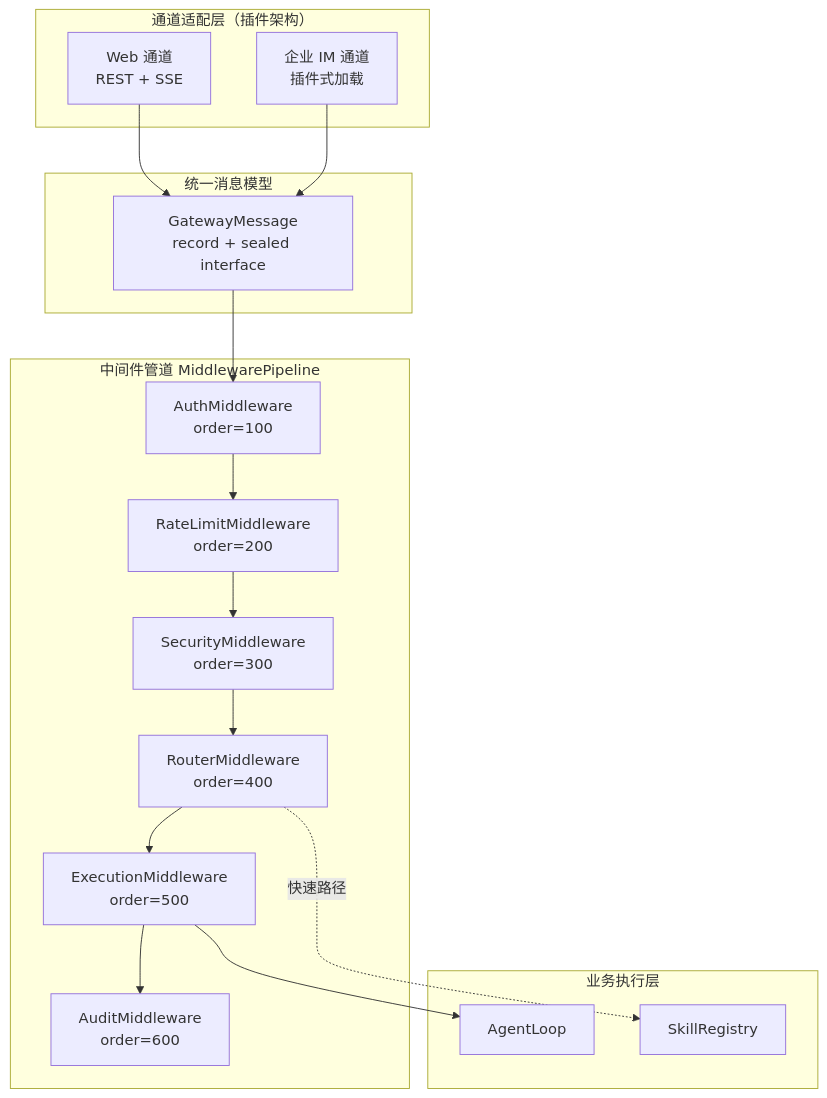
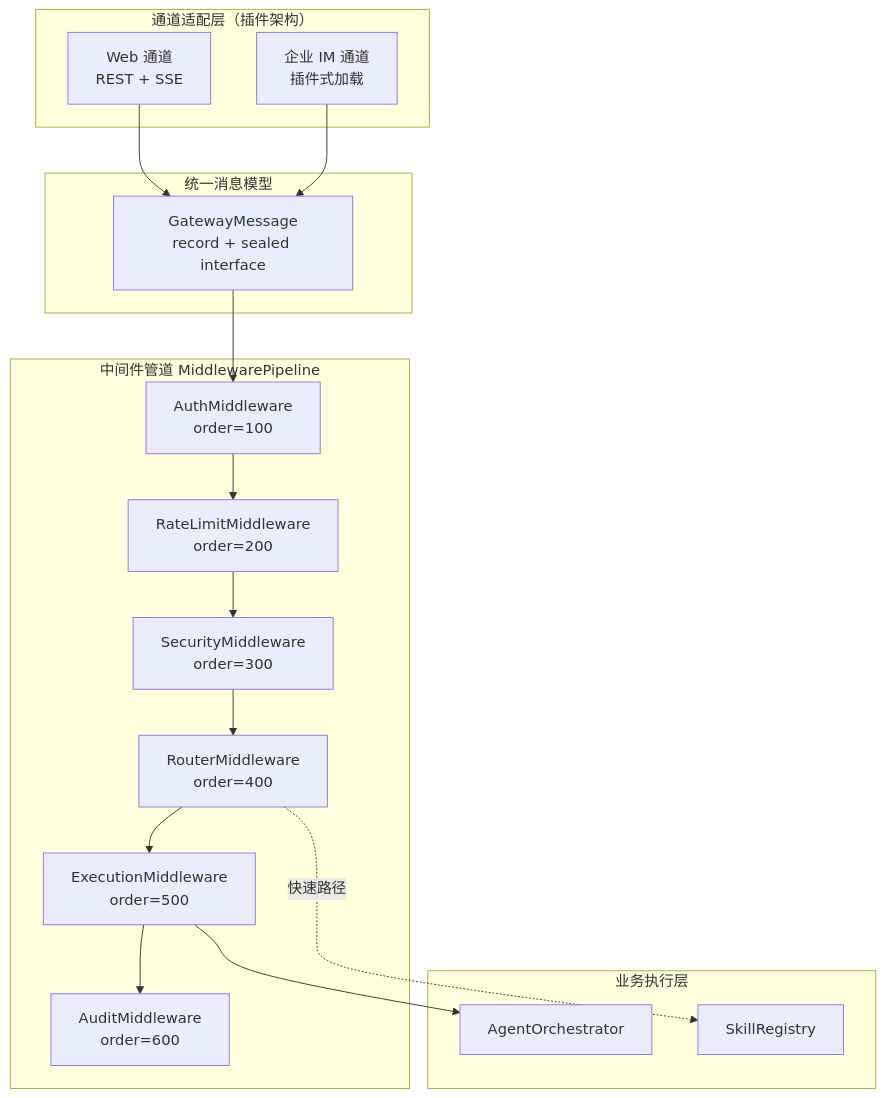
Before and after one commit to ntygod/LifePilot: the first of 3 diagrams in docs/architecture/gateway-middleware.md, drawn with Mermaid. The commit also changed other lines of this file and 14 other files, not shown here.

````diff
--- a/docs/architecture/gateway-middleware.md
+++ b/docs/architecture/gateway-middleware.md
@@ -24,31 +24,31 @@
 ```mermaid
 flowchart TD
     subgraph "通道适配层（插件架构）"
         WEB["Web 通道<br/>REST + SSE"]
         IM["企业 IM 通道<br/>插件式加载"]
     end
 
     subgraph "统一消息模型"
         GM["GatewayMessage<br/>record + sealed interface"]
     end
 
     subgraph "中间件管道 MiddlewarePipeline"
         AUTH["AuthMiddleware<br/>order=100"]
         RL["RateLimitMiddleware<br/>order=200"]
         SEC["SecurityMiddleware<br/>order=300"]
         ROUTER["RouterMiddleware<br/>order=400"]
         EXEC["ExecutionMiddleware<br/>order=500"]
         AUDIT["AuditMiddleware<br/>order=600"]
     end
 
     subgraph "业务执行层"
-        AGENT["AgentLoop"]
+        AGENT["AgentOrchestrator"]
         SKILL["SkillRegistry"]
     end
 
     WEB --> GM
     IM --> GM
     GM --> AUTH --> RL --> SEC --> ROUTER --> EXEC --> AUDIT
     EXEC --> AGENT
     ROUTER -.->|"快速路径"| SKILL
 ```
````
